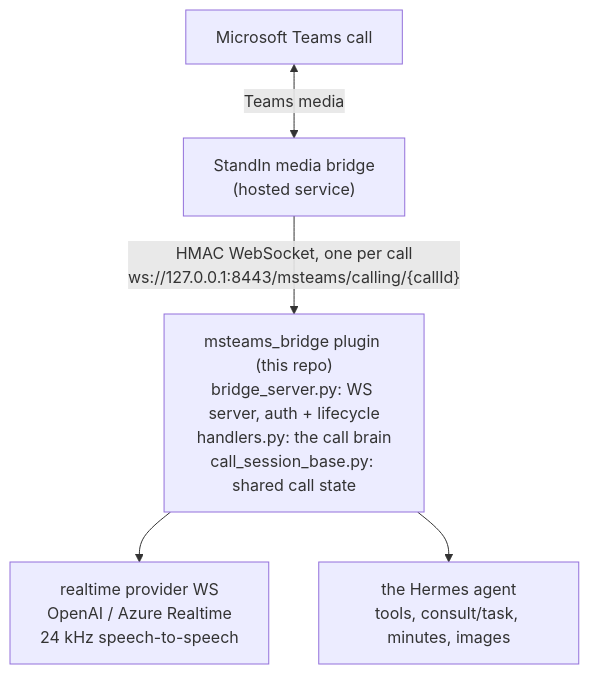
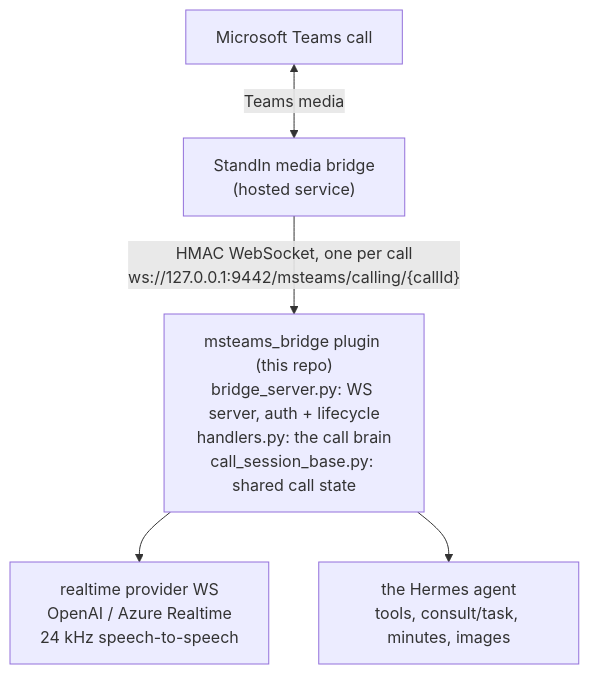
Before and after one commit to komaa-com/hermes-msteams-bridge: the first of 3 diagrams in website/src/content/docs/architecture.md, drawn with Mermaid. The commit also changed 14 other files, not shown here.

````diff
--- a/website/src/content/docs/architecture.md
+++ b/website/src/content/docs/architecture.md
@@ -16,12 +16,12 @@
 ```mermaid
 flowchart TD
     Teams["Microsoft Teams call"]
     Bridge["StandIn media bridge<br/>(hosted service)"]
     Plugin["msteams_bridge plugin (this repo)<br/>bridge_server.py: WS server, auth + lifecycle<br/>handlers.py: the call brain<br/>call_session_base.py: shared call state"]
     Provider["realtime provider WS<br/>OpenAI / Azure Realtime<br/>24 kHz speech-to-speech"]
     Agent["the Hermes agent<br/>tools, consult/task, minutes, images"]
     Teams <-->|Teams media| Bridge
-    Bridge -->|"HMAC WebSocket, one per call<br/>ws://127.0.0.1:8443/msteams/calling/{callId}"| Plugin
+    Bridge -->|"HMAC WebSocket, one per call<br/>ws://127.0.0.1:9442/msteams/calling/{callId}"| Plugin
     Plugin --> Provider
     Plugin --> Agent
 ```
````
